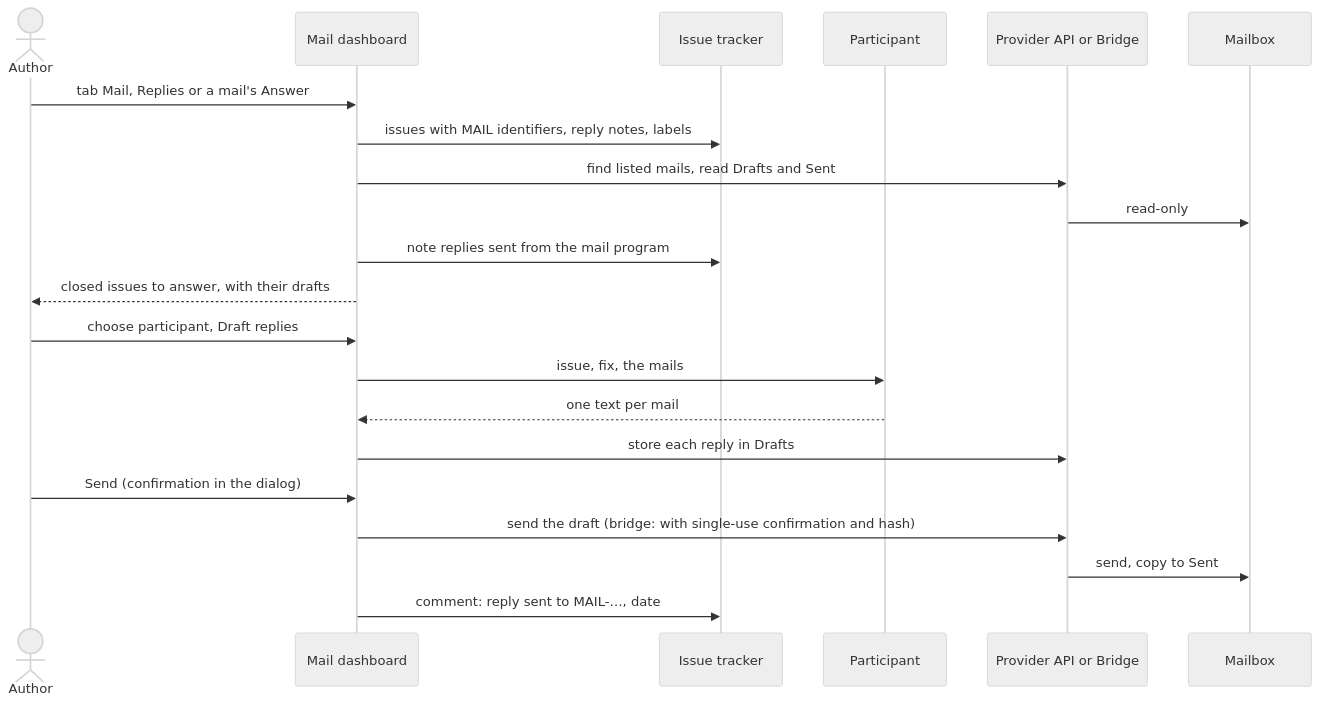
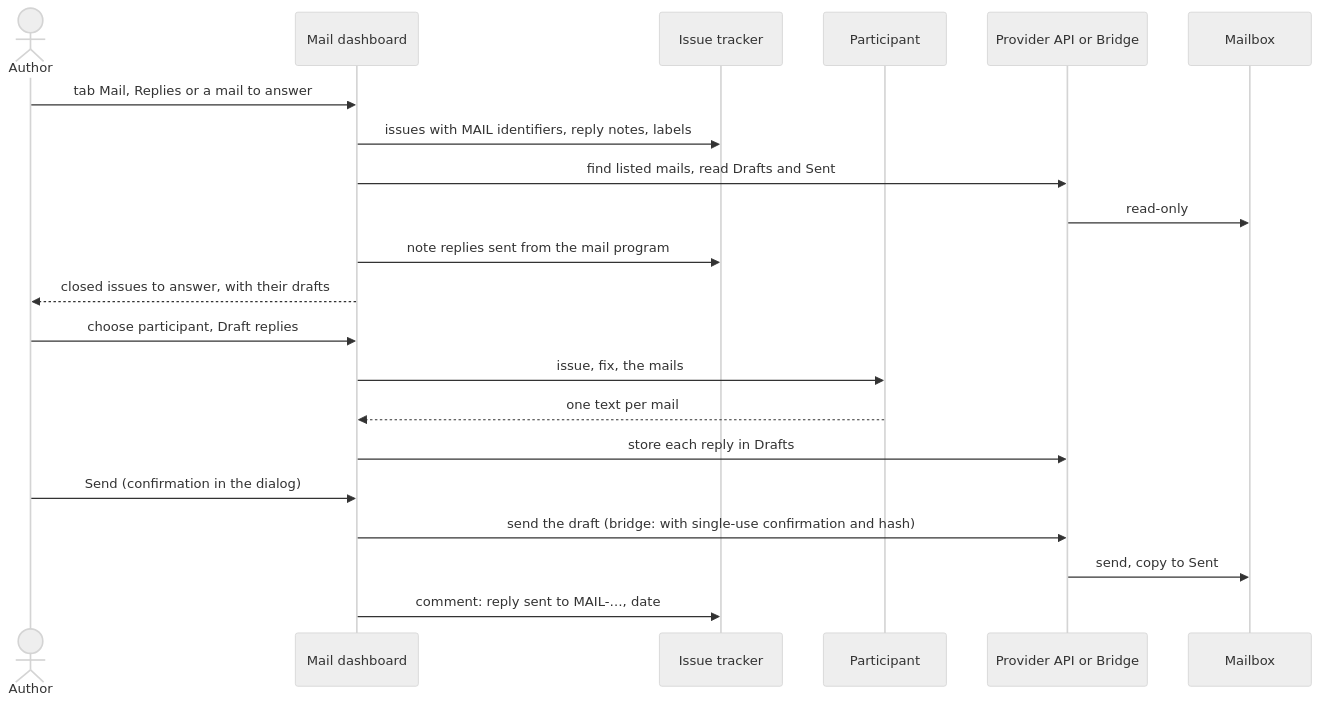
Before and after one commit to akmaier/agent-m: the diagram in docs/use-cases/UC-039-close-or-defer-an-issue-and-reply.md, drawn with Mermaid (neutral theme). The commit also changed other lines of this file and 2 other files, not shown here.

````diff
--- a/docs/use-cases/UC-039-close-or-defer-an-issue-and-reply.md
+++ b/docs/use-cases/UC-039-close-or-defer-an-issue-and-reply.md
@@ -107,23 +107,23 @@
 ```mermaid
 sequenceDiagram
     actor A as Author
     participant D as Mail dashboard
     participant I as Issue tracker
     participant P as Participant
     participant B as Provider API or Bridge
     participant S as Mailbox
-    A->>D: tab Mail, Replies or a mail's Answer
+    A->>D: tab Mail, Replies or a mail to answer
     D->>I: issues with MAIL identifiers, reply notes, labels
     D->>B: find listed mails, read Drafts and Sent
     B->>S: read-only
     D->>I: note replies sent from the mail program
     D-->>A: closed issues to answer, with their drafts
     A->>D: choose participant, Draft replies
     D->>P: issue, fix, the mails
     P-->>D: one text per mail
     D->>B: store each reply in Drafts
     A->>D: Send (confirmation in the dialog)
     D->>B: send the draft (bridge: with single-use confirmation and hash)
     B->>S: send, copy to Sent
     D->>I: comment: reply sent to MAIL-…, date
 ```
````
